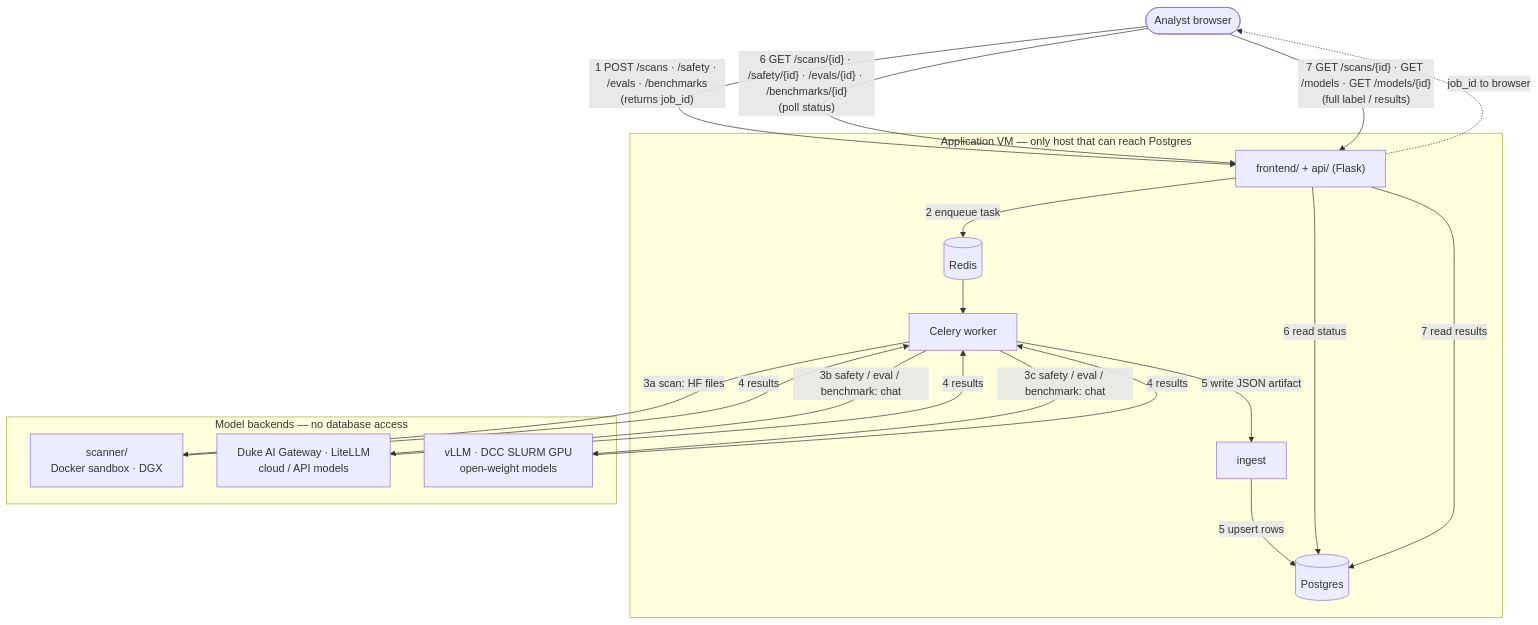
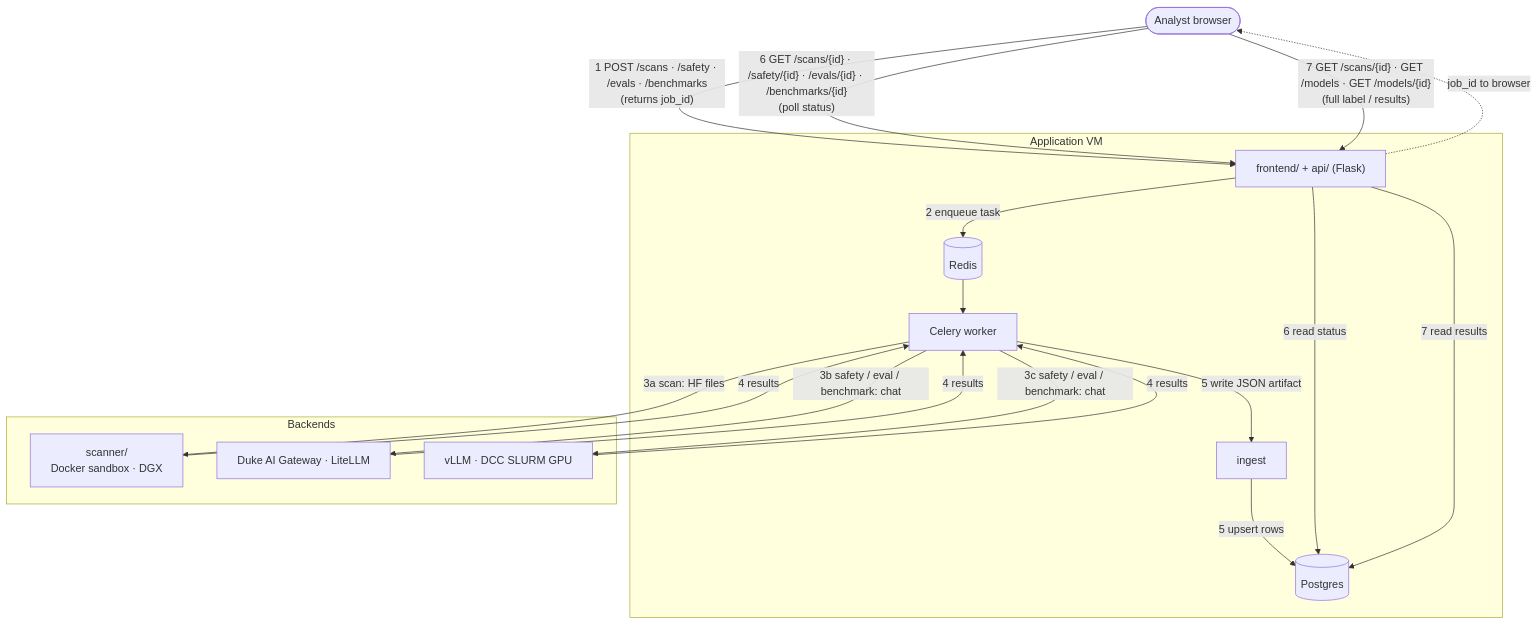
One commit to evelindsayyy/security-and-qa-for-ai-models changed the diagram in docs/architecture.md. Above: the diagram before and after it, drawn with Mermaid. The commit also changed other lines of this file and 56 other files, not shown here.

````diff
--- a/docs/architecture.md
+++ b/docs/architecture.md
@@ -22,33 +22,33 @@
 ```mermaid
 flowchart TB
   A([Analyst browser])
 
-  subgraph VM["Application VM — only host that can reach Postgres"]
+  subgraph VM["Application VM"]
     FE["frontend/ + api/ (Flask)"]
     R[("Redis")]
     W["Celery worker"]
     ING["ingest"]
     DB[("Postgres")]
   end
 
-  subgraph BK["Model backends — no database access"]
+  subgraph BK["Backends"]
     SC["scanner/<br/>Docker sandbox · DGX"]
-    GW["Duke AI Gateway · LiteLLM<br/>cloud / API models"]
-    DC["vLLM · DCC SLURM GPU<br/>open-weight models"]
+    GW["Duke AI Gateway · LiteLLM"]
+    DC["vLLM · DCC SLURM GPU"]
   end
 
   A -->|"1 POST /scans · /safety · /evals · /benchmarks<br/>(returns job_id)"| FE
   FE -->|"2 enqueue task"| R
   R --> W
   FE -.->|"job_id to browser"| A
   W -->|"3a scan: HF files"| SC
   W -->|"3b safety / eval / benchmark: chat"| GW
   W -->|"3c safety / eval / benchmark: chat"| DC
   SC & GW & DC -->|"4 results"| W
   W -->|"5 write JSON artifact"| ING
   ING -->|"5 upsert rows"| DB
   A -->|"6 GET /scans/{id} · /safety/{id} · /evals/{id} · /benchmarks/{id}<br/>(poll status)"| FE
   FE -->|"6 read status"| DB
   A -->|"7 GET /scans/{id} · GET /models · GET /models/{id}<br/>(full label / results)"| FE
   FE -->|"7 read results"| DB
 ```
````
